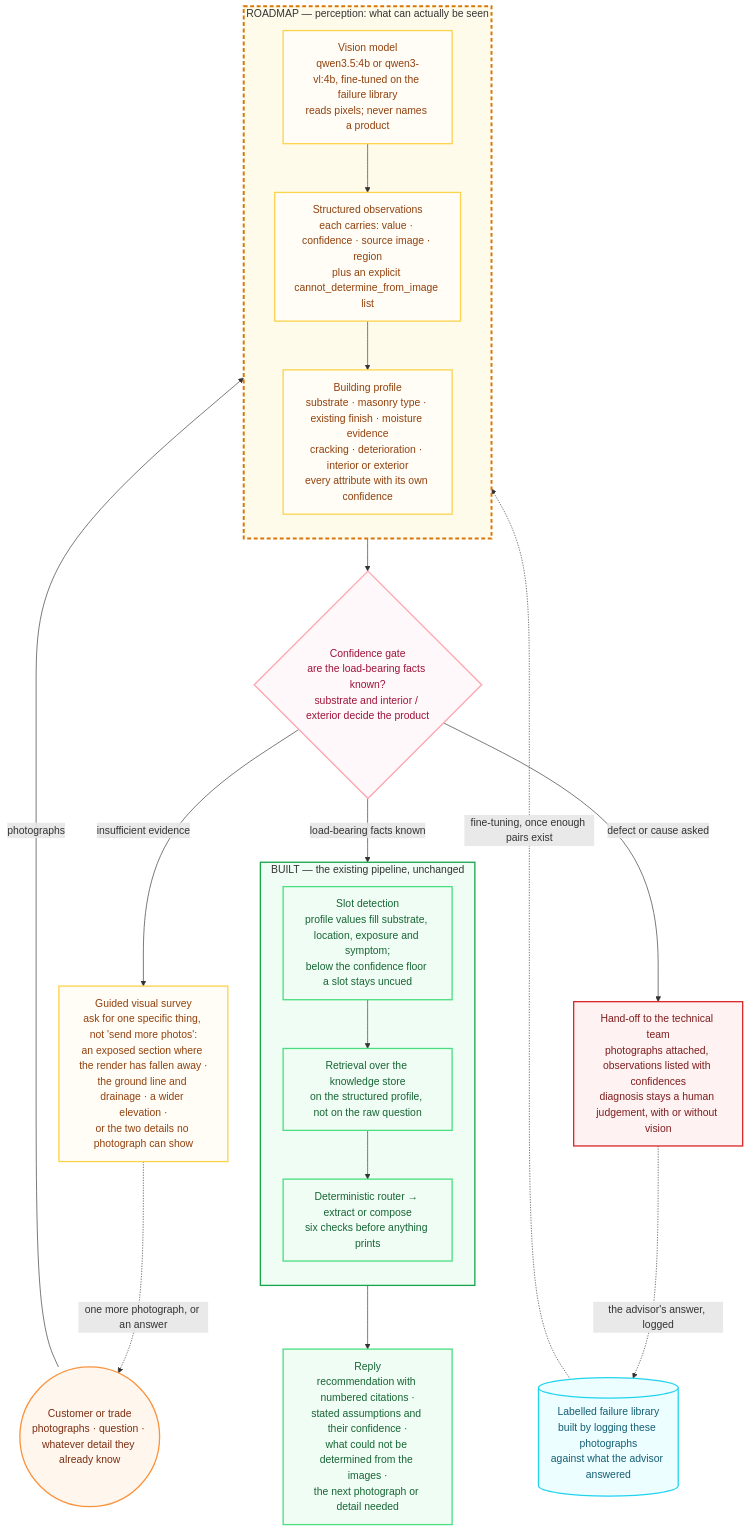
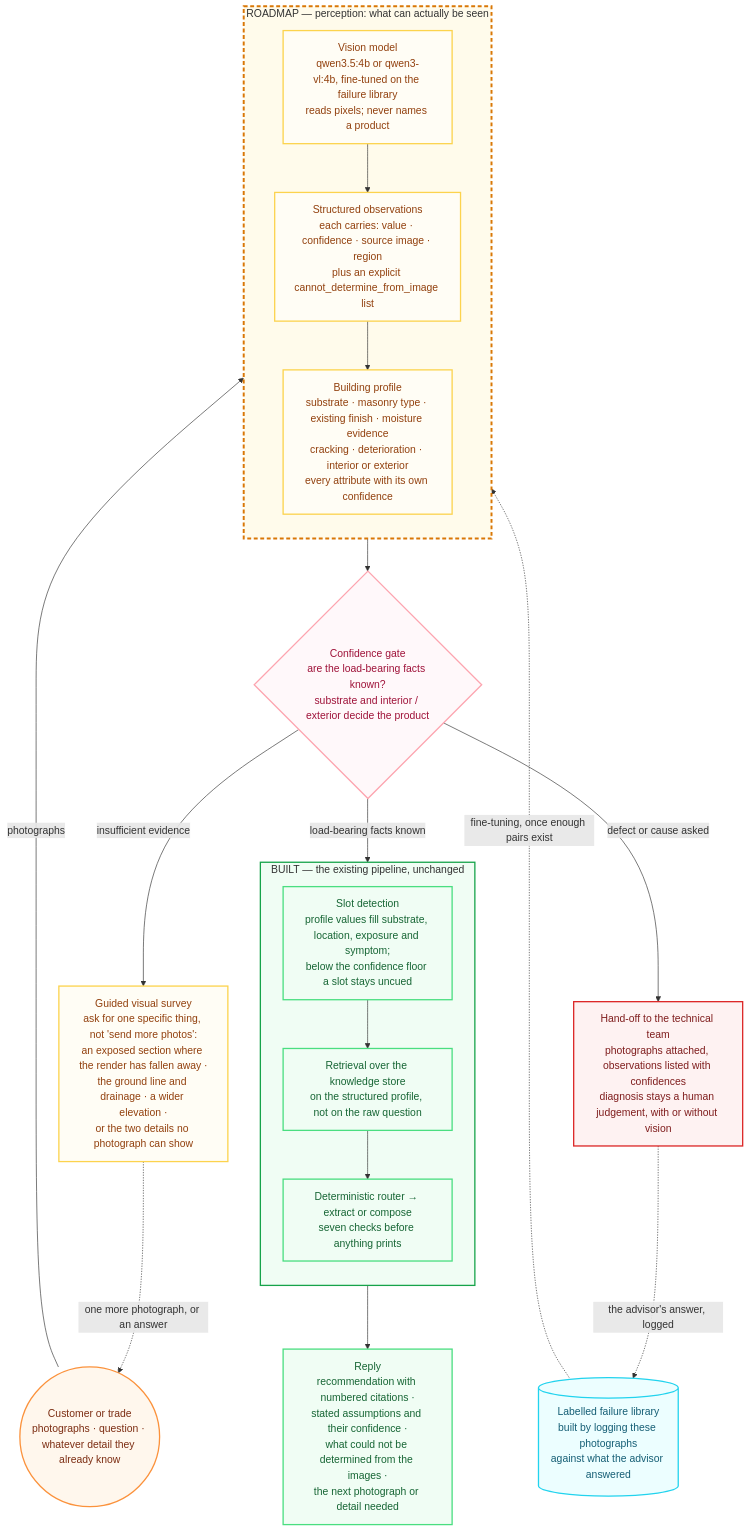
One commit to AathiraTD/technical-knowledge-assistant changed the third of 3 diagrams in docs/architecture.md. Above: the diagram before and after it, drawn with Mermaid. The commit also changed other lines of this file and 2 other files, not shown here.

First line of the commit message:
Document reliability evolution and reflect product-scope check (7 checks, not 6)

````diff
--- a/docs/architecture.md
+++ b/docs/architecture.md
@@ -227,55 +227,55 @@
 ```mermaid
 flowchart TD
     classDef roadmap fill:#fffdf5,stroke:#fcd34d,color:#92400e,stroke-width:2px
     classDef built fill:#f0fdf4,stroke:#4ade80,color:#166534,stroke-width:2px
     classDef gate fill:#fff8fa,stroke:#fda4af,color:#9f1239,stroke-width:2px
     classDef human fill:#fef2f2,stroke:#dc2626,color:#7f1d1d,stroke-width:2px
     classDef data fill:#ecfeff,stroke:#22d3ee,color:#155e75,stroke-width:2px
     classDef person fill:#fff7ed,stroke:#fb923c,color:#7c2d12,stroke-width:2px
 
     USER(("Customer or trade<br/>photographs · question · whatever detail they already know"))
 
     subgraph PERCEPTION["ROADMAP — perception: what can actually be seen"]
         direction TB
         VLM["Vision model<br/>qwen3.5:4b or qwen3-vl:4b, fine-tuned on the failure library<br/>reads pixels; never names a product"]
         OBS["Structured observations<br/>each carries: value · confidence · source image · region<br/>plus an explicit cannot_determine_from_image list"]
         PROFILE["Building profile<br/>substrate · masonry type · existing finish · moisture evidence<br/>cracking · deterioration · interior or exterior<br/>every attribute with its own confidence"]
         VLM --> OBS --> PROFILE
     end
 
     GATE{"Confidence gate<br/>are the load-bearing facts known?<br/>substrate and interior / exterior decide the product"}
     ELICIT["Guided visual survey<br/>ask for one specific thing, not 'send more photos':<br/>an exposed section where the render has fallen away ·<br/>the ground line and drainage · a wider elevation ·<br/>or the two details no photograph can show"]
 
     subgraph BUILTPIPE["BUILT — the existing pipeline, unchanged"]
         direction TB
         SLOTS2["Slot detection<br/>profile values fill substrate, location, exposure and symptom;<br/>below the confidence floor a slot stays uncued"]
         RETR["Retrieval over the knowledge store<br/>on the structured profile, not on the raw question"]
-        ENGINE["Deterministic router → extract or compose<br/>six checks before anything prints"]
+        ENGINE["Deterministic router → extract or compose<br/>seven checks before anything prints"]
         SLOTS2 --> RETR --> ENGINE
     end
 
     HUMAN["Hand-off to the technical team<br/>photographs attached, observations listed with confidences<br/>diagnosis stays a human judgement, with or without vision"]
     LIB[("Labelled failure library<br/>built by logging these photographs<br/>against what the advisor answered")]
 
     OUT["Reply<br/>recommendation with numbered citations ·<br/>stated assumptions and their confidence ·<br/>what could not be determined from the images ·<br/>the next photograph or detail needed"]
 
     USER -->|"photographs"| VLM
     PROFILE --> GATE
     GATE -->|"insufficient evidence"| ELICIT
     ELICIT -.->|"one more photograph, or an answer"| USER
     GATE -->|"load-bearing facts known"| SLOTS2
     GATE -->|"defect or cause asked"| HUMAN
     ENGINE --> OUT
     HUMAN -.->|"the advisor's answer, logged"| LIB
     LIB -.->|"fine-tuning, once enough pairs exist"| VLM
 
     class USER person
     class VLM,OBS,PROFILE,ELICIT roadmap
     class SLOTS2,RETR,ENGINE,OUT built
     class GATE gate
     class HUMAN human
     class LIB data
 
     style PERCEPTION fill:#fffbeb,stroke:#d97706,stroke-width:3px,stroke-dasharray:6 4
     style BUILTPIPE fill:#f0fdf4,stroke:#16a34a,stroke-width:2px
 ```
````
